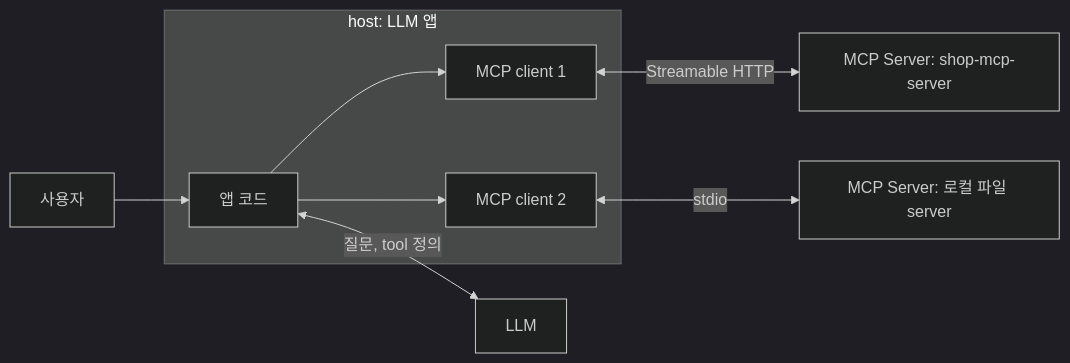
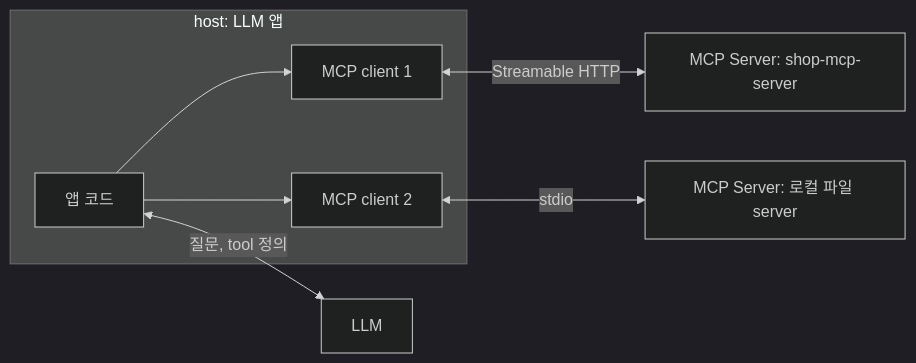
One commit to starryeye/spring-ai changed the first of 2 diagrams in practice/mcp-guide/01-mcp-basics.md. Above: the diagram before and after it, drawn with Mermaid (dark theme). The commit also changed other lines of this file and 2 other files, not shown here.

Commit message:
docs(guide): 1장 MCP 기초 — 반복·곁가지를 덜어 450줄로 줄이기

````diff
--- a/practice/mcp-guide/01-mcp-basics.md
+++ b/practice/mcp-guide/01-mcp-basics.md
@@ -18,14 +14,10 @@
 ```mermaid
 flowchart LR
-    U[사용자] --> A
     subgraph H[host: LLM 앱]
-        A[앱 코드]
-        C1[MCP client 1]
-        C2[MCP client 2]
-        A --> C1
-        A --> C2
+        A[앱 코드] --> C1[MCP client 1]
+        A --> C2[MCP client 2]
     end
     A <-->|질문, tool 정의| L[LLM]
     C1 <-->|Streamable HTTP| S1[MCP Server: shop-mcp-server]
     C2 <-->|stdio| S2[MCP Server: 로컬 파일 server]
 ```
````
